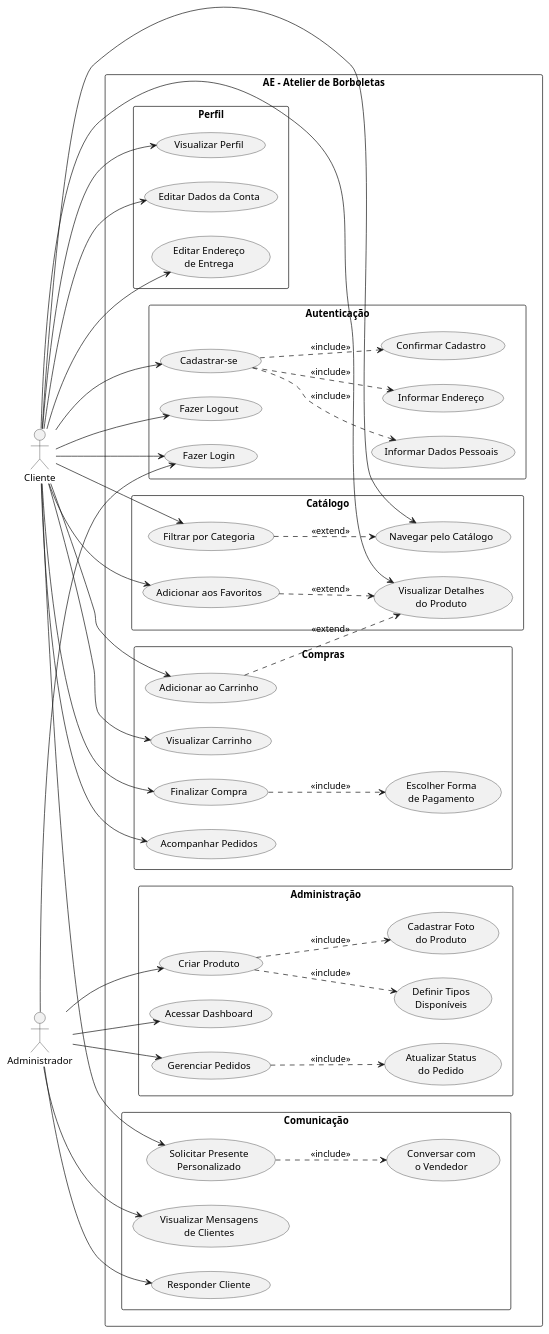
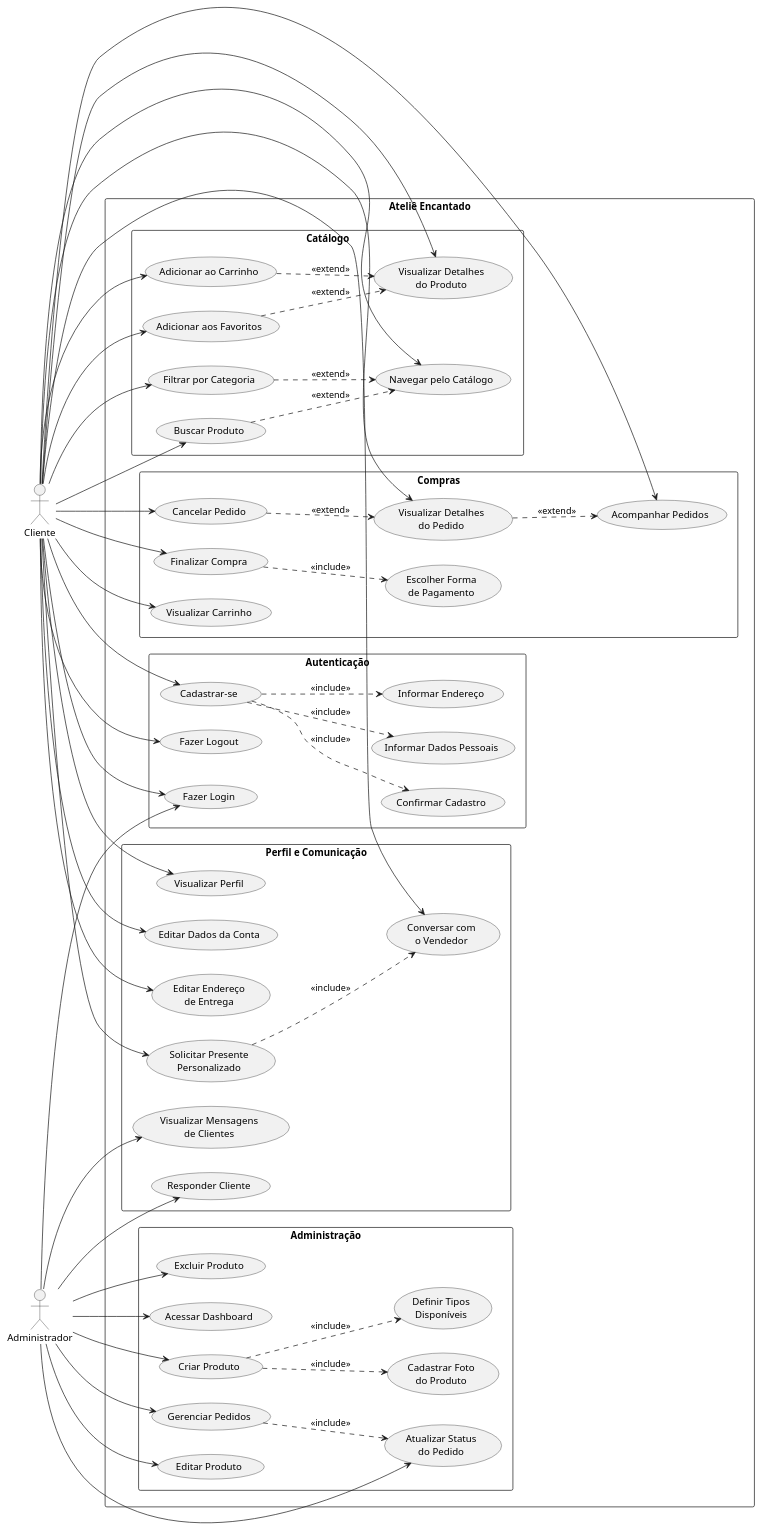
One commit to euantonioneto/ateli-encantado changed the first of 2 diagrams in README.md. Above: the diagram before and after it, drawn with PlantUML. The commit also changed other lines of this file, not shown here.

Commit message:
atualizando a documentação com o que vou adicionar no futuro

````diff
--- a/README.md
+++ b/README.md
@@ -139,5 +141,5 @@
 ```plantuml
-@startuml Diagrama de Casos de Uso - AE Atelier de Borboletas
+@startuml Diagrama de Casos de Uso - Ateliê Encantado
 
 left to right direction
 skinparam packageStyle rectangle
@@ -145,8 +147,8 @@
 actor "Cliente" as C
 actor "Administrador" as A
 
-rectangle "AE - Atelier de Borboletas" {
-  package "Autenticação" {
+rectangle "Ateliê Encantado" {
+ package "Autenticação" {
     usecase "Fazer Login" as UC1
     usecase "Cadastrar-se" as UC2
     usecase "Informar Dados Pessoais" as UC2a
@@ -158,25 +160,25 @@
   package "Catálogo" {
     usecase "Navegar pelo Catálogo" as UC4
     usecase "Filtrar por Categoria" as UC5
+    usecase "Buscar Produto" as UC24
     usecase "Visualizar Detalhes\ndo Produto" as UC6
     usecase "Adicionar aos Favoritos" as UC7
+    usecase "Adicionar ao Carrinho" as UC8
   }
 
   package "Compras" {
-    usecase "Adicionar ao Carrinho" as UC8
     usecase "Visualizar Carrinho" as UC9
     usecase "Finalizar Compra" as UC10
     usecase "Escolher Forma\nde Pagamento" as UC11
     usecase "Acompanhar Pedidos" as UC12
+    usecase "Visualizar Detalhes\ndo Pedido" as UC25
+    usecase "Cancelar Pedido" as UC26
   }
 
-  package "Perfil" {
+  package "Perfil e Comunicação" {
     usecase "Visualizar Perfil" as UC13
     usecase "Editar Dados da Conta" as UC14
     usecase "Editar Endereço\nde Entrega" as UC15
-  }
-
-  package "Comunicação" {
     usecase "Solicitar Presente\nPersonalizado" as UC16
     usecase "Conversar com\no Vendedor" as UC17
     usecase "Visualizar Mensagens\nde Clientes" as UC18
@@ -188,6 +190,8 @@
     usecase "Gerenciar Pedidos" as UC21
     usecase "Atualizar Status\ndo Pedido" as UC22
     usecase "Criar Produto" as UC23
+    usecase "Editar Produto" as UC27
+    usecase "Excluir Produto" as UC28
     usecase "Cadastrar Foto\ndo Produto" as UC23a
     usecase "Definir Tipos\nDisponíveis" as UC23b
   }
@@ -198,35 +202,44 @@
 C --> UC3
 C --> UC4
 C --> UC5
+C --> UC24
 C --> UC6
 C --> UC7
 C --> UC8
 C --> UC9
 C --> UC10
 C --> UC12
+C --> UC25
+C --> UC26
 C --> UC13
 C --> UC14
 C --> UC15
+C --> UC17
 C --> UC16
 
 A --> UC1
 A --> UC20
 A --> UC21
+A --> UC22
 A --> UC23
+A --> UC27
+A --> UC28
 A --> UC18
 A --> UC19
 
+UC5 ..> UC4 : <<extend>>
+UC24 ..> UC4 : <<extend>>
+UC7 ..> UC6 : <<extend>>
+UC8 ..> UC6 : <<extend>>
 UC2 ..> UC2a : <<include>>
 UC2 ..> UC2b : <<include>>
 UC2 ..> UC2c : <<include>>
 UC10 ..> UC11 : <<include>>
+UC25 ..> UC12 : <<extend>>
+UC26 ..> UC25 : <<extend>>
 UC23 ..> UC23a : <<include>>
 UC23 ..> UC23b : <<include>>
-
-UC5 ..> UC4 : <<extend>>
-UC7 ..> UC6 : <<extend>>
-UC8 ..> UC6 : <<extend>>
+UC21 ..> UC22 : <<include>>
 UC16 ..> UC17 : <<include>>
-UC21 ..> UC22 : <<include>>
 @enduml
 ```
````
